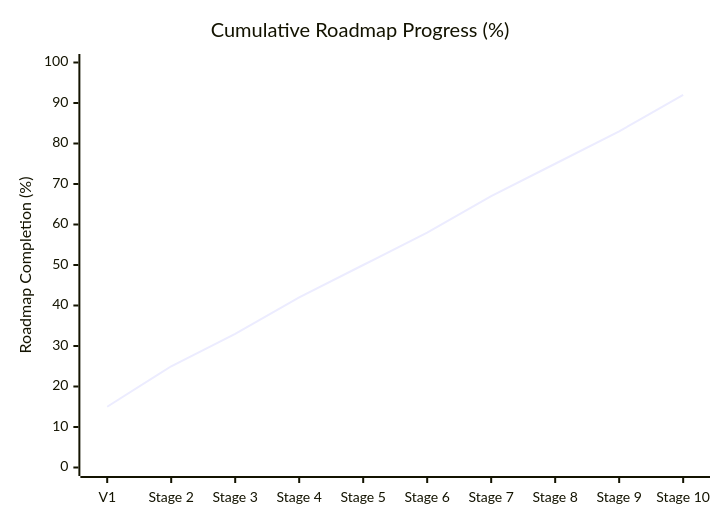
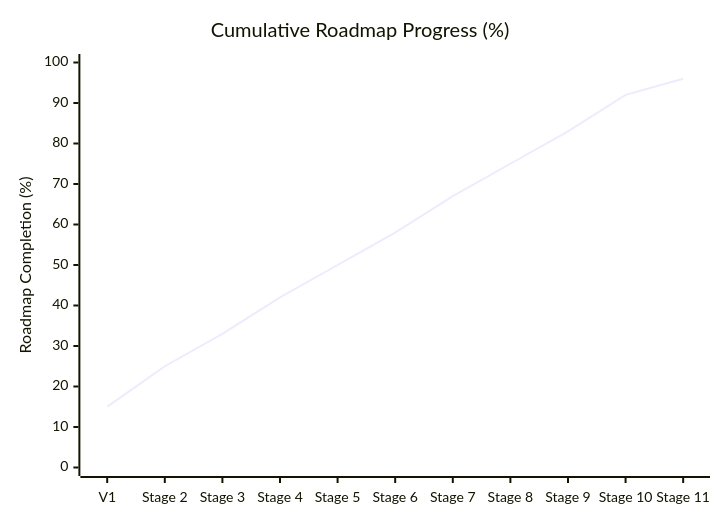
One commit to Rx4445/job-agent- changed the third of 3 diagrams in METRICS.md. Above: the diagram before and after it, drawn with Mermaid. The commit also changed other lines of this file and 9 other files, not shown here.

````diff
--- a/METRICS.md
+++ b/METRICS.md
@@ -28,7 +28,7 @@
 ```mermaid
 xychart-beta
     title "Cumulative Roadmap Progress (%)"
-    x-axis ["V1", "Stage 2", "Stage 3", "Stage 4", "Stage 5", "Stage 6", "Stage 7", "Stage 8", "Stage 9", "Stage 10"]
+    x-axis ["V1", "Stage 2", "Stage 3", "Stage 4", "Stage 5", "Stage 6", "Stage 7", "Stage 8", "Stage 9", "Stage 10", "Stage 11"]
     y-axis "Roadmap Completion (%)" 0 --> 100
-    line [15, 25, 33, 42, 50, 58, 67, 75, 83, 92]
+    line [15, 25, 33, 42, 50, 58, 67, 75, 83, 92, 96]
 ```
````
